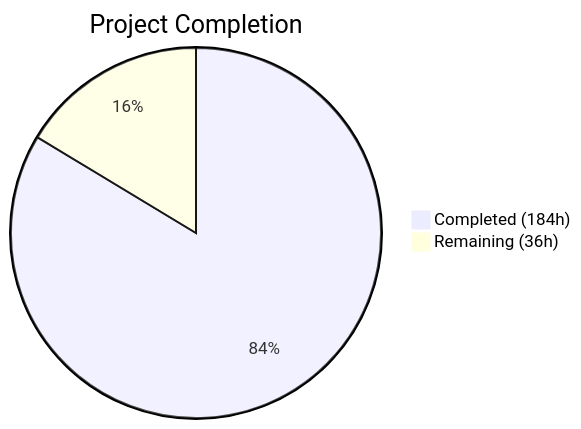
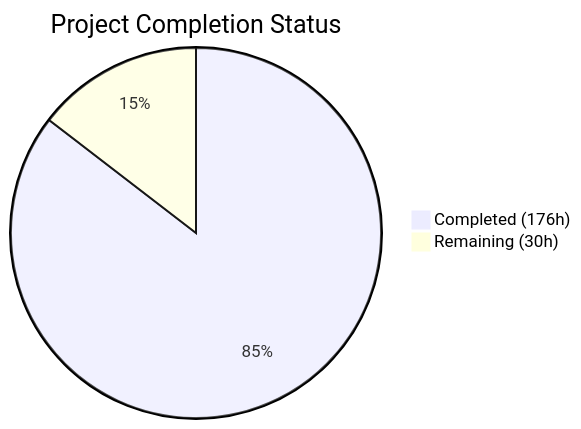
The first of 2 diagrams in blitzy/documentation/Project Guide.md (Blitzy-Sandbox/blitzy-RudderStack), drawn with Mermaid before and after one commit. The commit also changed other lines of this file, not shown here.

Commit message:
Adding Blitzy Project Guide: Project Status and Human Tasks Remaining

````diff
--- a/blitzy/documentation/Project Guide.md
+++ b/blitzy/documentation/Project Guide.md
@@ -13,5 +13,5 @@
 ```mermaid
-pie title Project Completion
-    "Completed (184h)" : 184
-    "Remaining (36h)" : 36
+pie title Project Completion Status
+    "Completed (176h)" : 176
+    "Remaining (30h)" : 30
 ```
````
